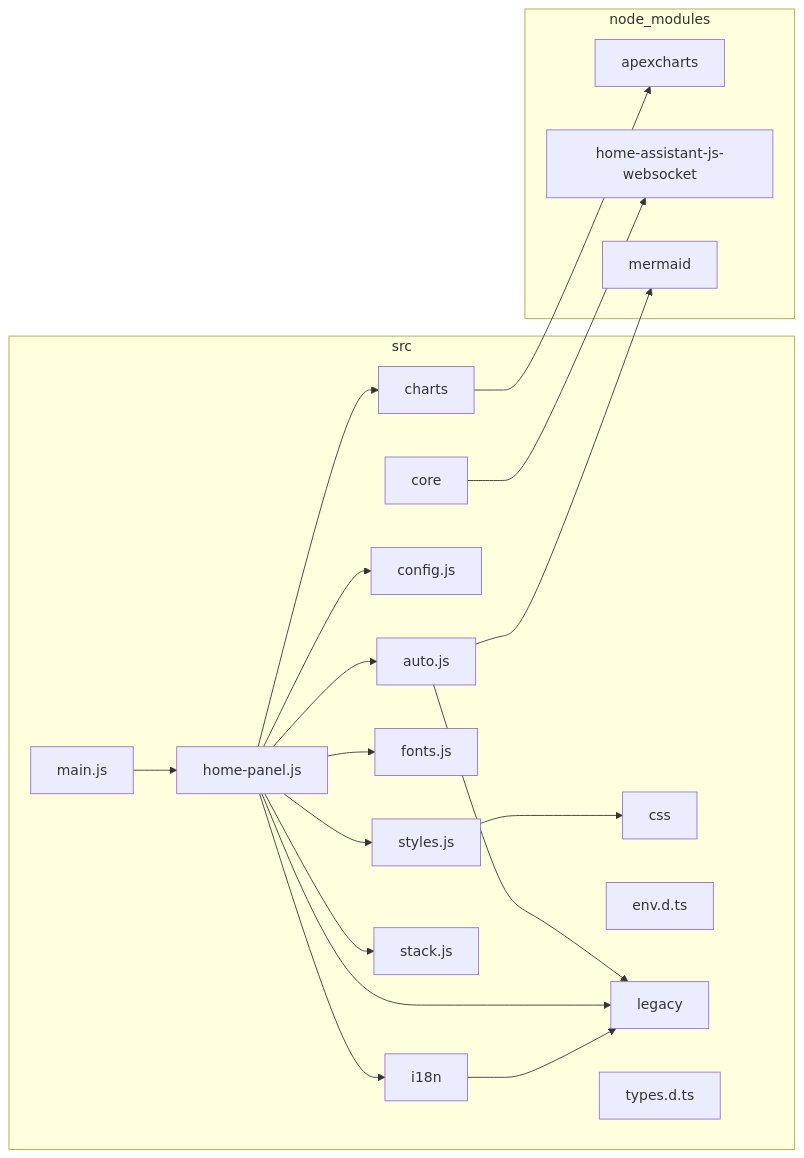
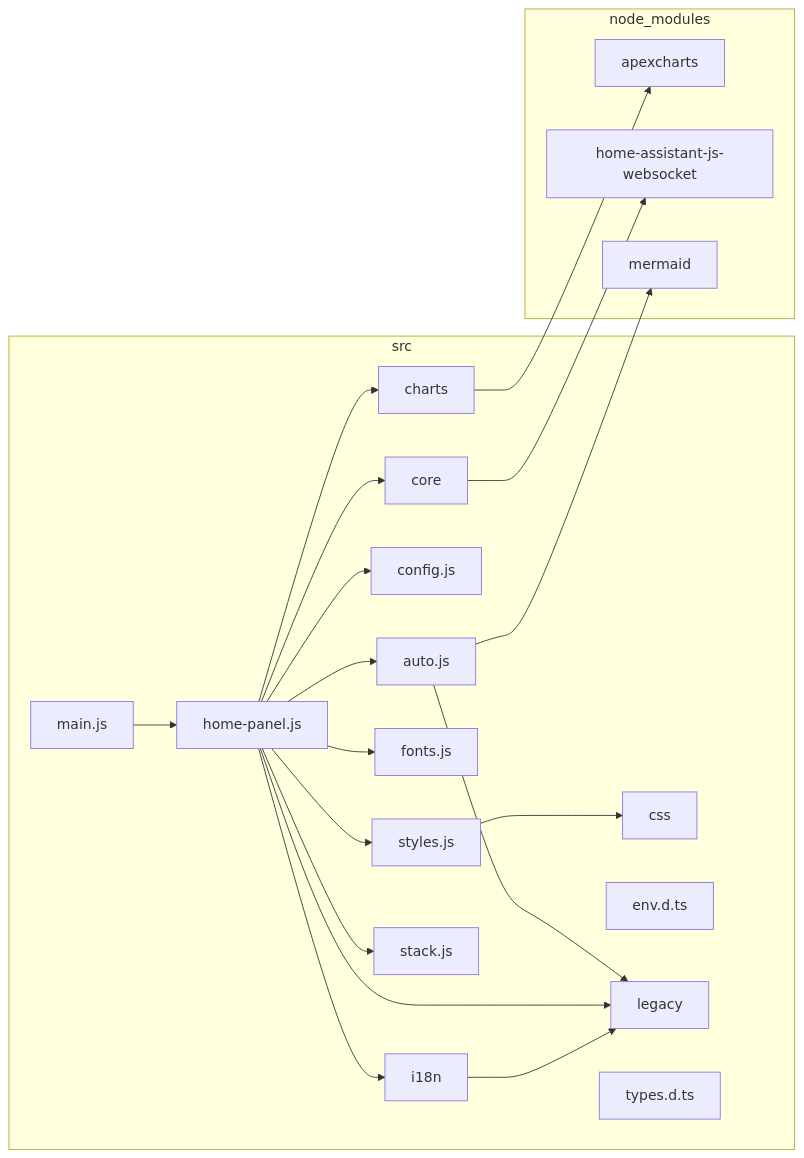
One commit to pldelisle/ha-home-panel changed the diagram in docs/architecture/dependency-graph.md. Above: the diagram before and after it, drawn with Mermaid. The commit also changed 7 other files, not shown here.

````diff
--- a/docs/architecture/dependency-graph.md
+++ b/docs/architecture/dependency-graph.md
@@ -5,40 +5,41 @@
 ```mermaid
 flowchart LR
 
 subgraph 0["node_modules"]
 1["apexcharts"]
 2["home-assistant-js-websocket"]
 3["mermaid"]
 end
 subgraph 4["src"]
 5["auto.js"]
 6["charts"]
 7["config.js"]
 8["core"]
 9["css"]
 A["env.d.ts"]
 B["fonts.js"]
 C["home-panel.js"]
 D["i18n"]
 E["legacy"]
 F["main.js"]
 G["stack.js"]
 H["styles.js"]
 I["types.d.ts"]
 end
 5-->E
 5-->3
 6-->1
 8-->2
 C-->5
 C-->6
 C-->7
+C-->8
 C-->B
 C-->D
 C-->E
 C-->G
 C-->H
 D-->E
 F-->C
 H-->9
 ```
````
